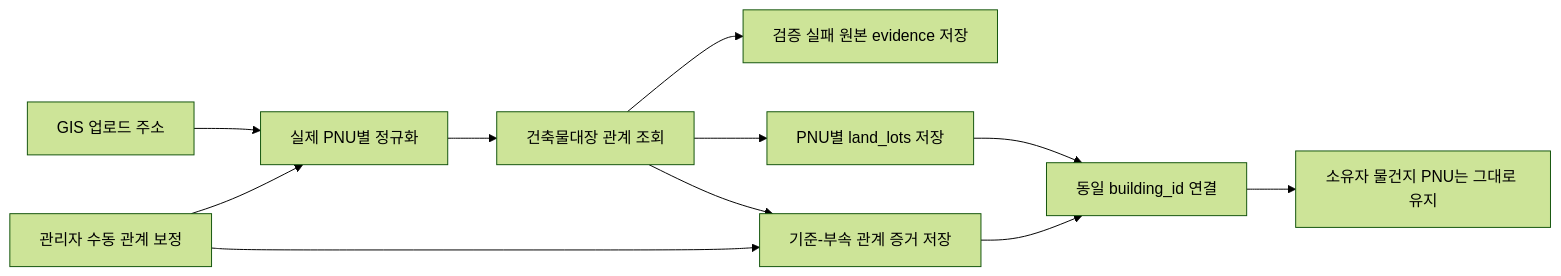
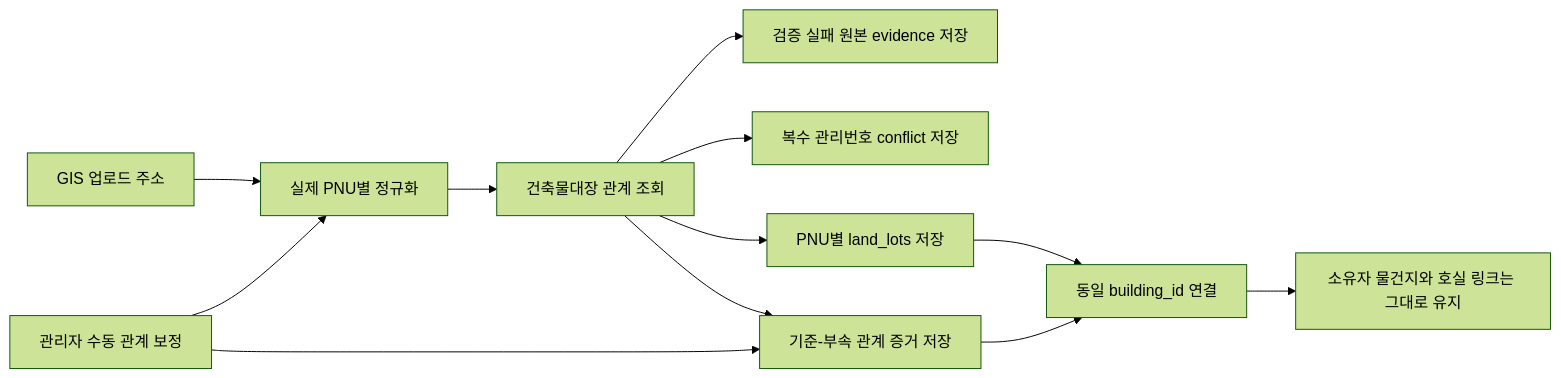
Before and after one commit to dlswn666/tonghari-api: the diagram in docs/2026-07-14-building-registry-parcel-auto-link-design.md, drawn with Mermaid (forest theme). The commit also changed other lines of this file, not shown here.

````diff
--- a/docs/2026-07-14-building-registry-parcel-auto-link-design.md
+++ b/docs/2026-07-14-building-registry-parcel-auto-link-design.md
@@ -29,13 +33,14 @@
 ```mermaid
 flowchart LR
     A["GIS 업로드 주소"] --> B["실제 PNU별 정규화"]
     M["관리자 수동 관계 보정"] --> B
     B --> C["건축물대장 관계 조회"]
     C --> U["검증 실패 원본 evidence 저장"]
+    C --> X["복수 관리번호 conflict 저장"]
     C --> D["PNU별 land_lots 저장"]
     C --> E["기준-부속 관계 증거 저장"]
     M --> E
     D --> F["동일 building_id 연결"]
     E --> F
-    F --> G["소유자 물건지 PNU는 그대로 유지"]
+    F --> G["소유자 물건지와 호실 링크는 그대로 유지"]
 ```
````
